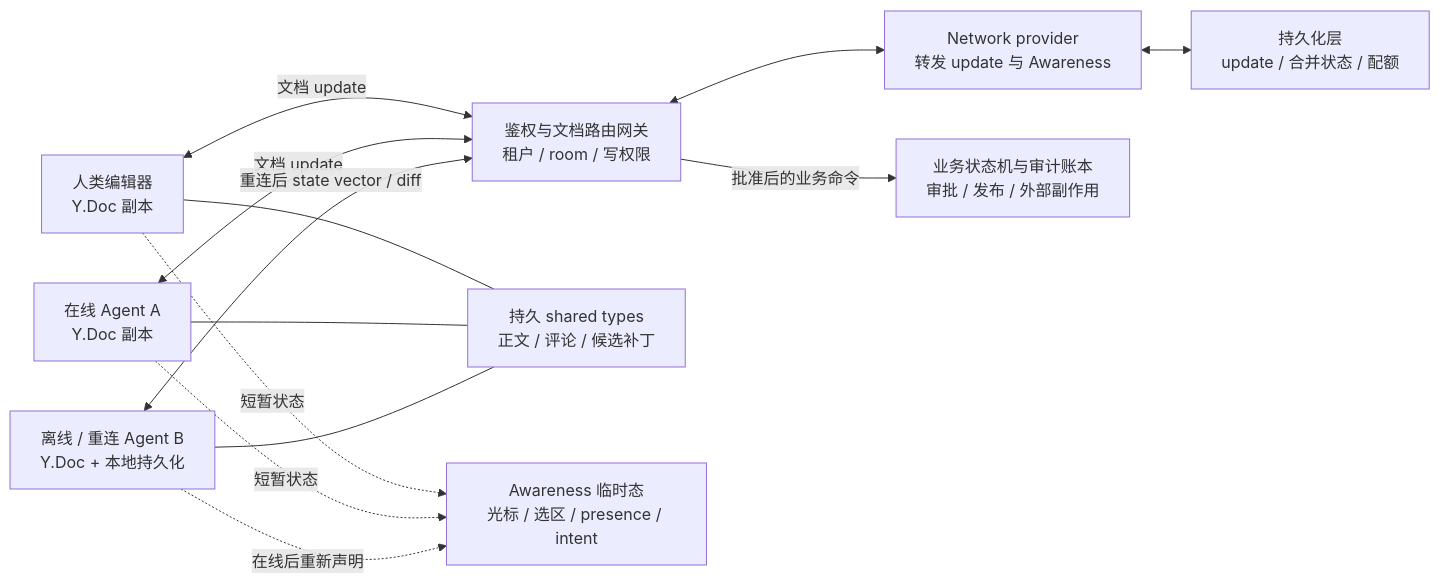
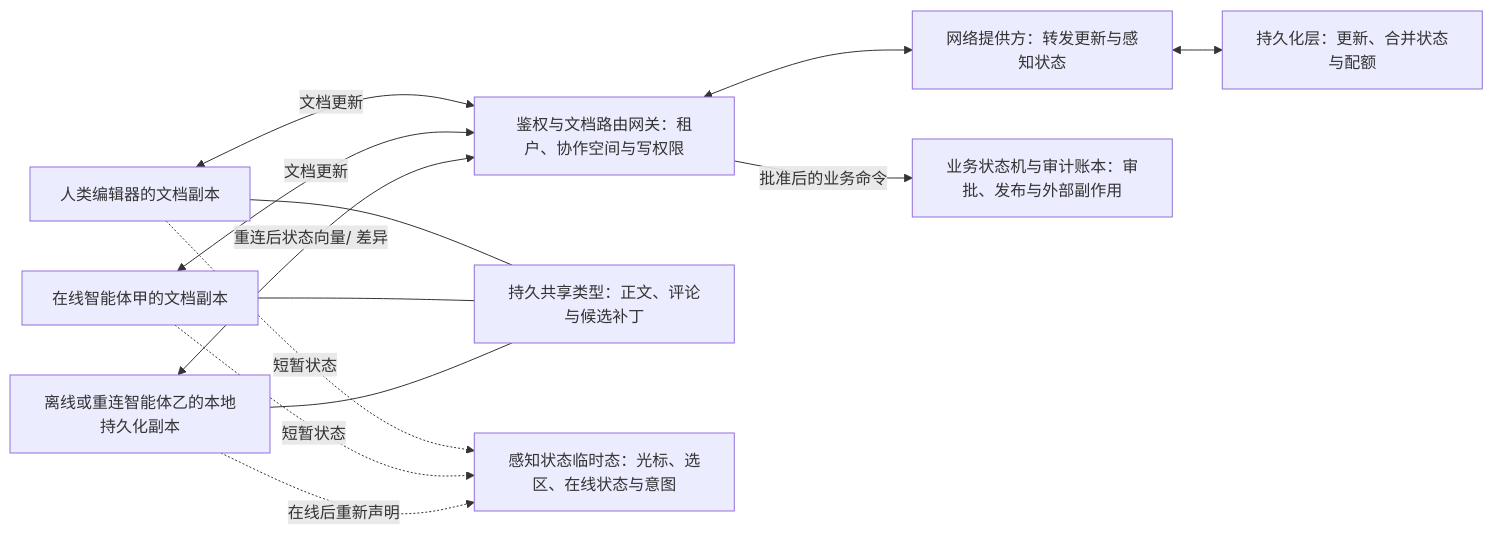
The diagram in content/cases/yjs-crdt-collaboration.mdx (sealday/tego-arch), drawn with Mermaid before and after one commit. The commit also changed other lines of this file and 73 other files, not shown here.

````diff
--- a/content/cases/yjs-crdt-collaboration.mdx
+++ b/content/cases/yjs-crdt-collaboration.mdx
@@ -116,28 +116,28 @@
 ```mermaid
 flowchart LR
-  accTitle: 人和多个 Agent 的 Yjs 持久内容与临时意图双通道
-  accDescr: 浏览器中的人类编辑器、在线 Agent 和离线 Agent 都通过各自 Yjs 文档副本编辑持久 shared types。网络 provider 经鉴权网关交换 document updates，持久化 provider 保存本地或服务端状态。光标、选区和正在生成等短暂信息走独立 Awareness 通道，不写入持久文档。审批和外部副作用进入独立业务账本。
+  accTitle: 人和多个智能体的该协作框架持久内容与临时意图双通道
+  accDescr: 浏览器中的人类编辑器、在线智能体和离线智能体都通过各自该协作框架文档副本编辑持久共享类型。网络提供方经鉴权网关交换文档更新，持久化提供方保存本地或服务端状态。光标、选区和正在生成等短暂信息走独立感知状态通道，不写入持久文档。审批和外部副作用进入独立业务账本。
 
-  Human["人类编辑器\nY.Doc 副本"]
-  AgentA["在线 Agent A\nY.Doc 副本"]
-  AgentB["离线 / 重连 Agent B\nY.Doc + 本地持久化"]
-  Gate["鉴权与文档路由网关\n租户 / room / 写权限"]
-  Provider["Network provider\n转发 update 与 Awareness"]
-  Store["持久化层\nupdate / 合并状态 / 配额"]
-  Durable["持久 shared types\n正文 / 评论 / 候选补丁"]
-  Ephemeral["Awareness 临时态\n光标 / 选区 / presence / intent"]
-  Workflow["业务状态机与审计账本\n审批 / 发布 / 外部副作用"]
+  Human["人类编辑器的文档副本"]
+  AgentA["在线智能体甲的文档副本"]
+  AgentB["离线或重连智能体乙的本地持久化副本"]
+  Gate["鉴权与文档路由网关：租户、协作空间与写权限"]
+  Provider["网络提供方：转发更新与感知状态"]
+  Store["持久化层：更新、合并状态与配额"]
+  Durable["持久共享类型：正文、评论与候选补丁"]
+  Ephemeral["感知状态临时态：光标、选区、在线状态与意图"]
+  Workflow["业务状态机与审计账本：审批、发布与外部副作用"]
 
-  Human <-->|"文档 update"| Gate
-  AgentA <-->|"文档 update"| Gate
-  AgentB <-->|"重连后 state vector / diff"| Gate
+  Human <-->|"文档更新"| Gate
+  AgentA <-->|"文档更新"| Gate
+  AgentB <-->|"重连后状态向量/ 差异"| Gate
   Gate <--> Provider
   Provider <--> Store
   Human -.->|"短暂状态"| Ephemeral
   AgentA -.->|"短暂状态"| Ephemeral
   AgentB -.->|"在线后重新声明"| Ephemeral
   Human --- Durable
   AgentA --- Durable
   AgentB --- Durable
   Gate -->|"批准后的业务命令"| Workflow
 ```
````
